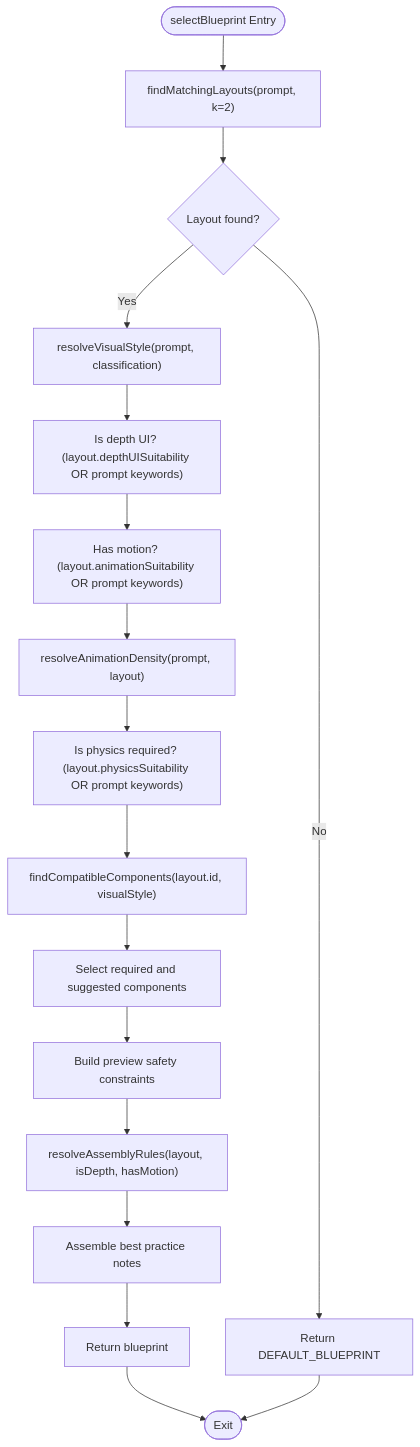
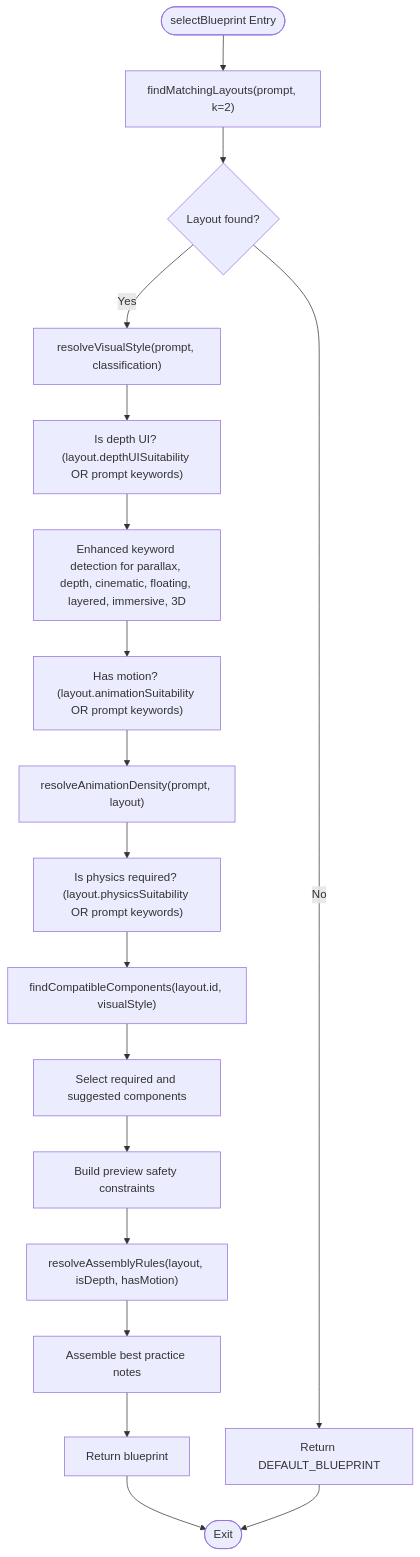
One commit to shekhargiri005-dotcom/AI-powered-accessibility-first-UI-engine changed the fifth of 11 diagrams in .qoder/repowiki/en/content/AI Generation Engine/Core Generation Pipeline/Intent Processing & Blueprint Selection.md. Above: the diagram before and after it, drawn with Mermaid. The commit also changed other lines of this file and 6 other files, not shown here.

````diff
--- a/.qoder/repowiki/en/content/AI Generation Engine/Core Generation Pipeline/Intent Processing & Blueprint Selection.md
+++ b/.qoder/repowiki/en/content/AI Generation Engine/Core Generation Pipeline/Intent Processing & Blueprint Selection.md
@@ -265,19 +286,20 @@
 ```mermaid
 flowchart TD
 BPStart(["selectBlueprint Entry"]) --> FindLayouts["findMatchingLayouts(prompt, k=2)"]
 FindLayouts --> HasLayout{"Layout found?"}
 HasLayout --> |No| UseDefault["Return DEFAULT_BLUEPRINT"]
 HasLayout --> |Yes| ResolveStyle["resolveVisualStyle(prompt, classification)"]
 ResolveStyle --> IsDepth["Is depth UI? (layout.depthUISuitability OR prompt keywords)"]
-IsDepth --> HasMotion["Has motion? (layout.animationSuitability OR prompt keywords)"]
+IsDepth --> CheckDepthKeywords["Enhanced keyword detection for parallax, depth, cinematic, floating, layered, immersive, 3D"]
+CheckDepthKeywords --> HasMotion["Has motion? (layout.animationSuitability OR prompt keywords)"]
 HasMotion --> AnimDensity["resolveAnimationDensity(prompt, layout)"]
 AnimDensity --> IsPhysics["Is physics required? (layout.physicsSuitability OR prompt keywords)"]
 IsPhysics --> Compat["findCompatibleComponents(layout.id, visualStyle)"]
 Compat --> Select["Select required and suggested components"]
 Select --> Constraints["Build preview safety constraints"]
 Constraints --> Rules["resolveAssemblyRules(layout, isDepth, hasMotion)"]
 Rules --> Best["Assemble best practice notes"]
 Best --> ReturnBP["Return blueprint"]
 ReturnBP --> BPEnd(["Exit"])
 UseDefault --> BPEnd
 ```
````
